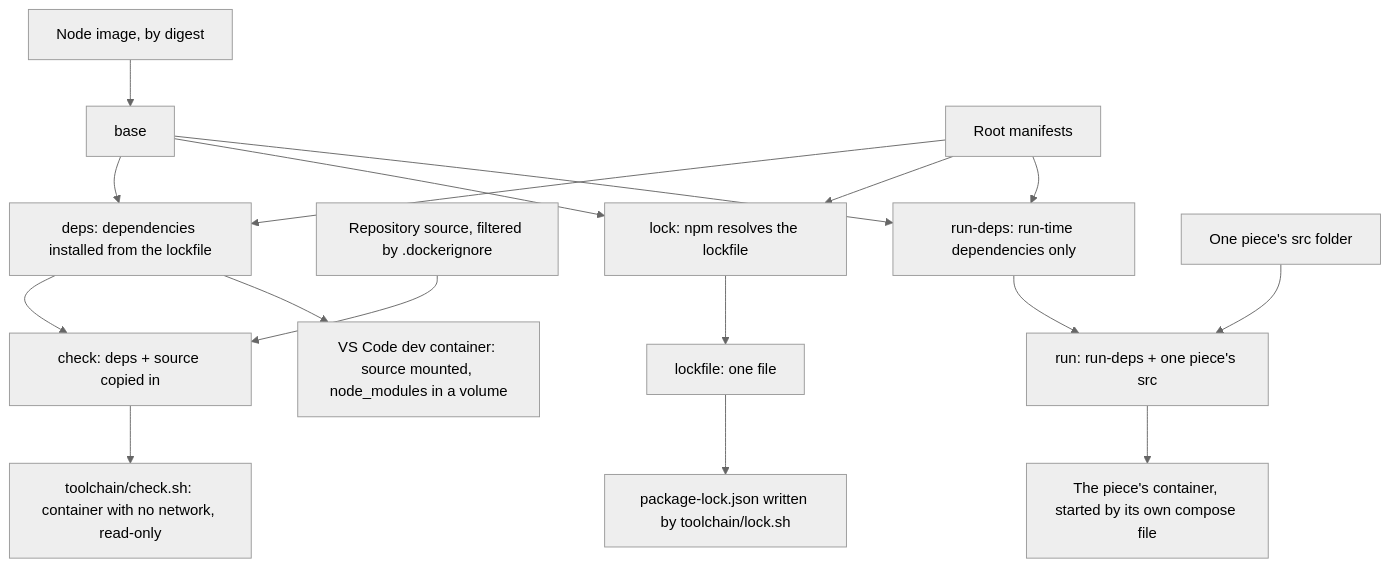
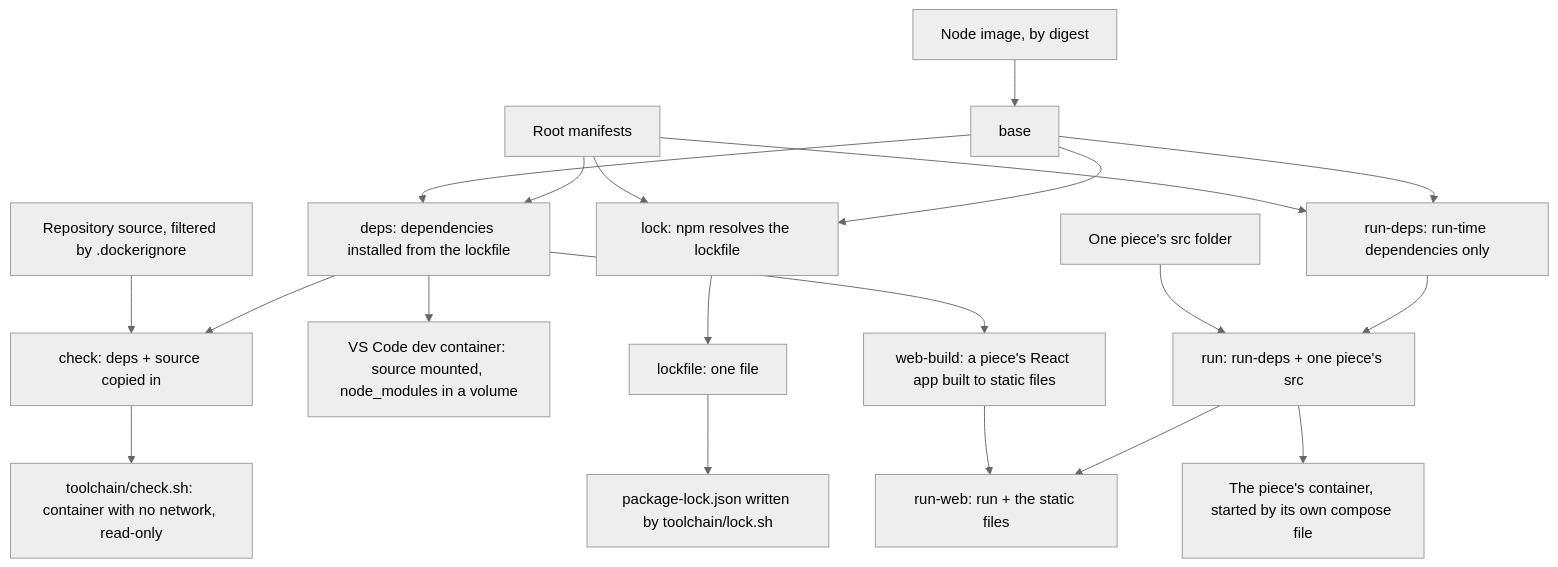
The diagram in docs/architecture/toolchain.md (AndrewPHunter/ai-on-aws), drawn with Mermaid (neutral theme) before and after one commit. The commit also changed other lines of this file and 49 other files, not shown here.

````diff
--- a/docs/architecture/toolchain.md
+++ b/docs/architecture/toolchain.md
@@ -16,18 +16,21 @@
 ```mermaid
 flowchart TD
   pin[Node image, by digest] --> base
   manifests[Root manifests] --> deps
   base --> deps[deps: dependencies installed from the lockfile]
   deps --> check[check: deps + source copied in]
   source[Repository source, filtered by .dockerignore] --> check
   check --> run[toolchain/check.sh: container with no network, read-only]
   deps --> dev[VS Code dev container: source mounted, node_modules in a volume]
   base --> lock[lock: npm resolves the lockfile]
   manifests --> lock
   lock --> lockfile[lockfile: one file] --> out[package-lock.json written by toolchain/lock.sh]
   base --> rundeps[run-deps: run-time dependencies only]
   manifests --> rundeps
   rundeps --> runstage[run: run-deps + one piece's src]
   piece[One piece's src folder] --> runstage
   runstage --> container[The piece's container, started by its own compose file]
+  deps --> webbuild[web-build: a piece's React app built to static files]
+  runstage --> runweb[run-web: run + the static files]
+  webbuild --> runweb
 ```
````
